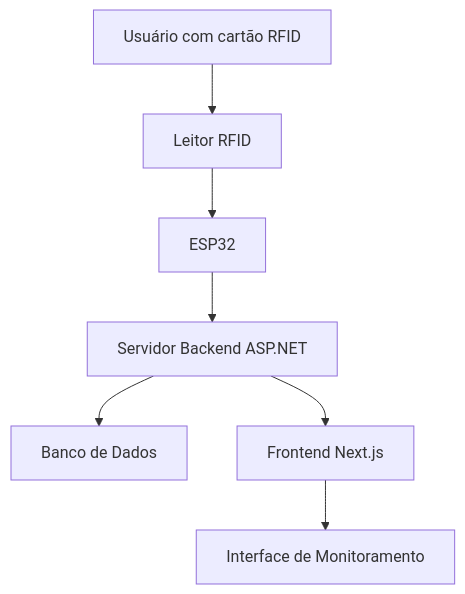
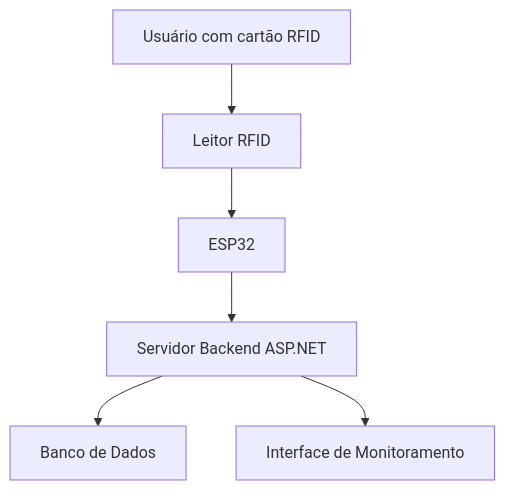
Before and after one commit to ricardofsilva7/Design_Patterns_IOT: the diagram in README.md, drawn with Mermaid.

Commit message:
:books: docs: update readme

````diff
--- a/README.md
+++ b/README.md
@@ -4,9 +4,8 @@
 ```mermaid
 graph TD;
     A[Usuário com cartão RFID] --> B[Leitor RFID];
     B --> C[ESP32];
     C --> D[Servidor Backend ASP.NET];
     D --> E[Banco de Dados];
-    D --> F[Frontend Next.js];
-    F --> G[Interface de Monitoramento];
+    D --> G[Interface de Monitoramento];
 ```
````
